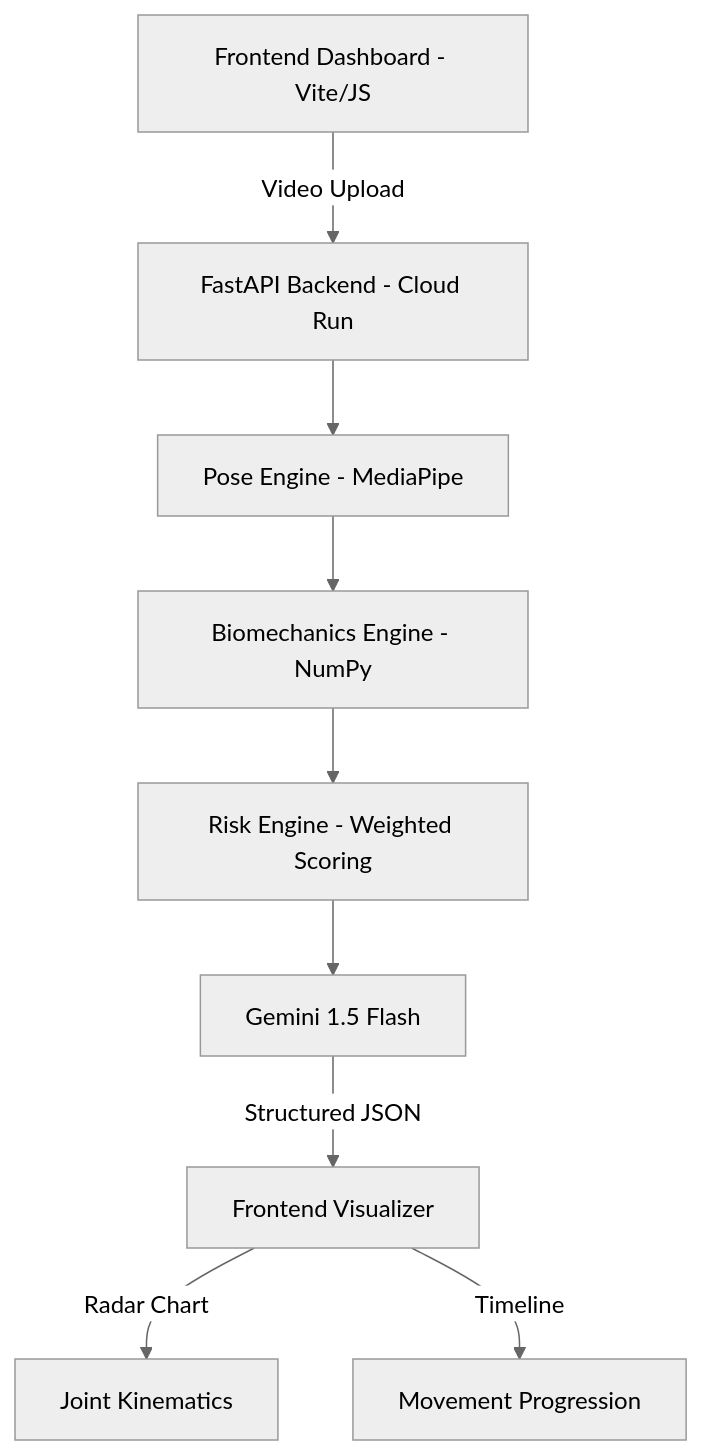
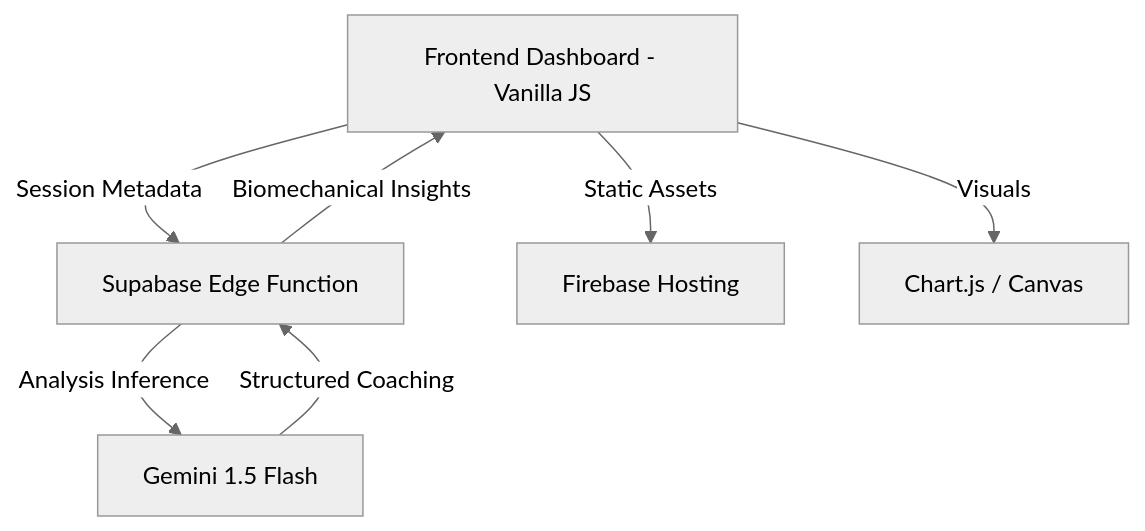
The diagram in README.md (KR-007J/biomech-ai), drawn with Mermaid (neutral theme) before and after one commit. The commit also changed other lines of this file and 9 other files, not shown here.

Commit message:
feat: migrate backend to Supabase Edge Functions and deploy frontend to Firebase Hosting

````diff
--- a/README.md
+++ b/README.md
@@ -104,11 +104,9 @@
 ```mermaid
 graph TD
-    A[Frontend Dashboard - Vite/JS] -->|Video Upload| B[FastAPI Backend - Cloud Run]
-    B --> C[Pose Engine - MediaPipe]
-    C --> D[Biomechanics Engine - NumPy]
-    D --> E[Risk Engine - Weighted Scoring]
-    E --> F[Gemini 1.5 Flash]
-    F -->|Structured JSON| G[Frontend Visualizer]
-    G -->|Radar Chart| H[Joint Kinematics]
-    G -->|Timeline| I[Movement Progression]
+    A[Frontend Dashboard - Vanilla JS] -->|Session Metadata| B[Supabase Edge Function]
+    A -->|Static Assets| C[Firebase Hosting]
+    B -->|Analysis Inference| D[Gemini 1.5 Flash]
+    D -->|Structured Coaching| B
+    B -->|Biomechanical Insights| A
+    A -->|Visuals| E[Chart.js / Canvas]
 ```
````
